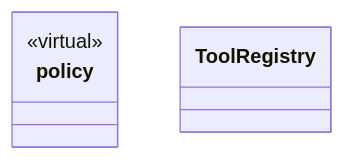
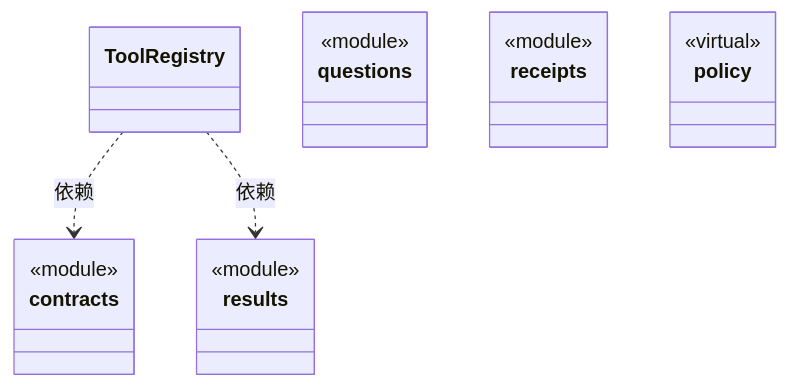
The diagram in src/logic/tools/rules/ARCHITECTURE.md (nan023062/cbim), drawn with Mermaid before and after one commit. The commit also changed other lines of this file and 136 other files, not shown here.

````diff
--- a/src/logic/tools/rules/ARCHITECTURE.md
+++ b/src/logic/tools/rules/ARCHITECTURE.md
@@ -21,9 +31,27 @@
 ```mermaid
 classDiagram
+class N_f508095a3910["ToolRegistry"]
+click N_f508095a3910 href "registry.ts"
+class N_64aa05124f62["contracts"] {
+  <<module>>
+}
+click N_64aa05124f62 href "contracts.ts"
+class N_20be9fc34f67["results"] {
+  <<module>>
+}
+click N_20be9fc34f67 href "results.ts"
+class N_4b6b8d56b197["questions"] {
+  <<module>>
+}
+click N_4b6b8d56b197 href "questions.ts"
+class N_5089adb40911["receipts"] {
+  <<module>>
+}
+click N_5089adb40911 href "receipts.ts"
 class N_85b69da2ad38["policy"] {
   <<virtual>>
 }
 click N_85b69da2ad38 href "policy/ARCHITECTURE.md"
-class N_f508095a3910["ToolRegistry"]
-click N_f508095a3910 href "registry.ts"
+N_f508095a3910 ..> N_64aa05124f62 : 依赖
+N_f508095a3910 ..> N_20be9fc34f67 : 依赖
 ```
````
